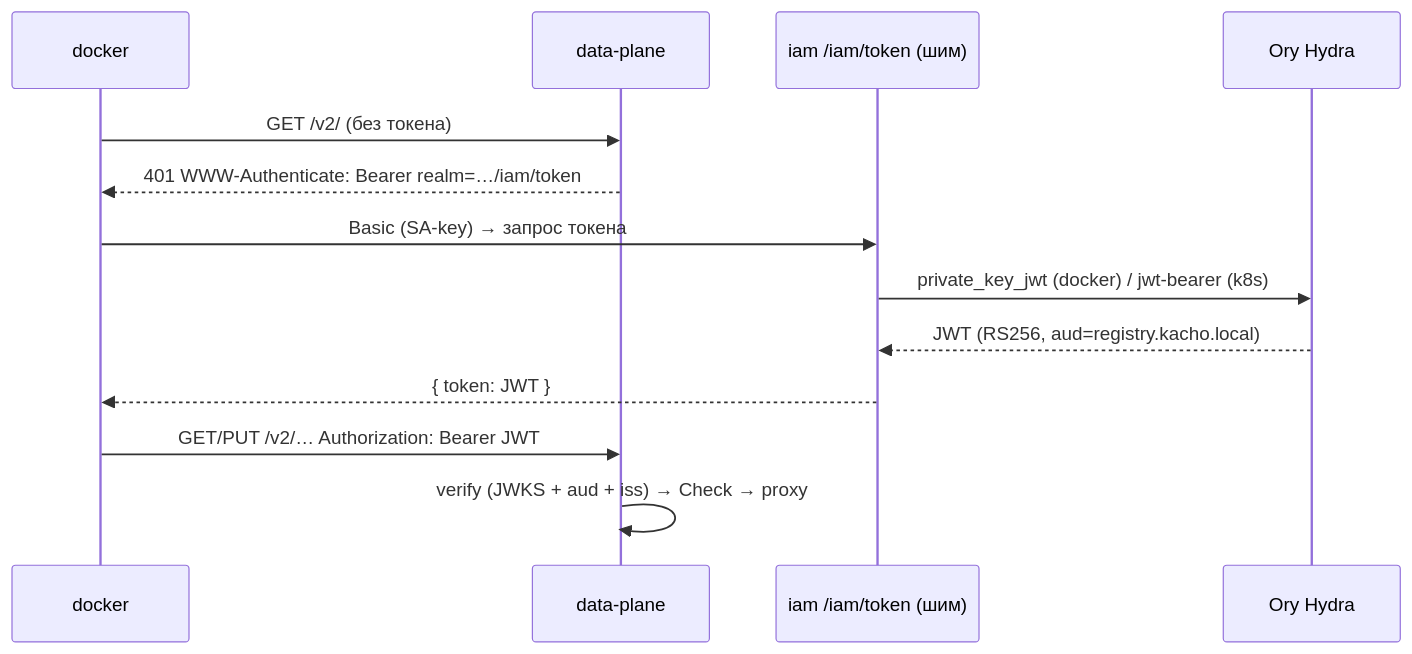
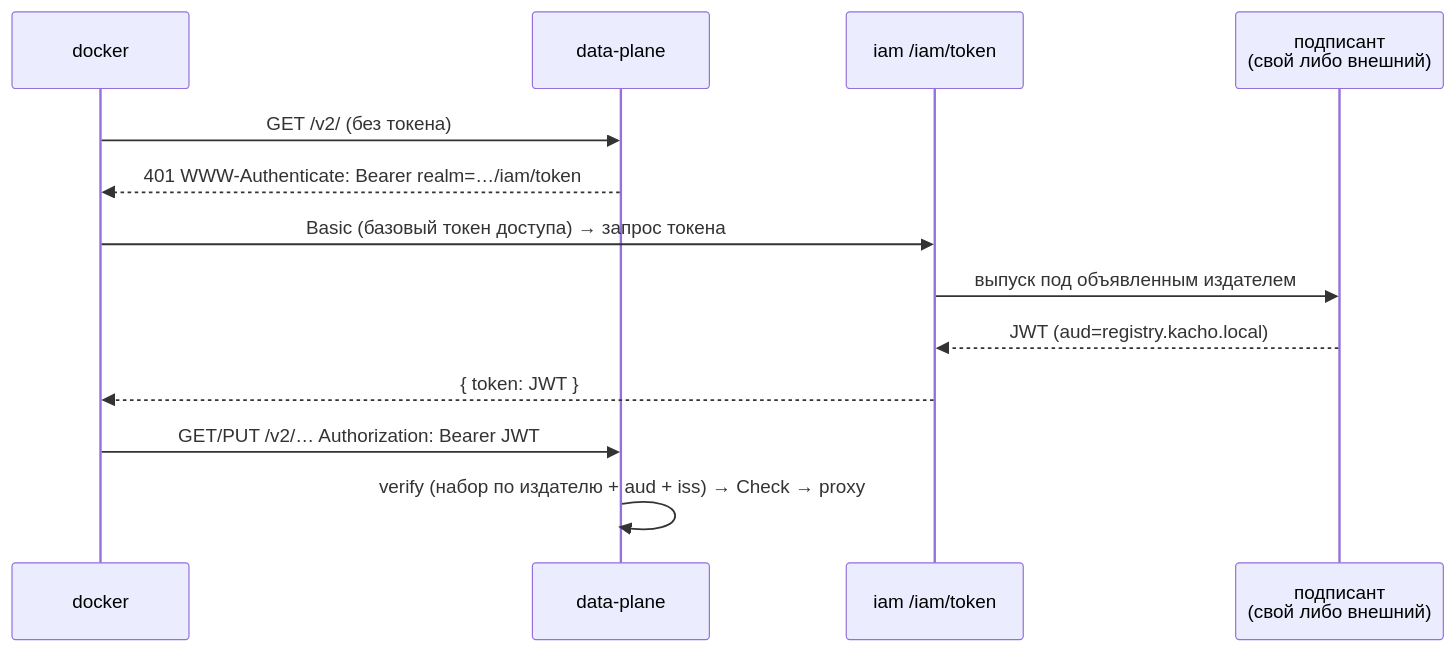
The second of 2 diagrams in services/registry/docs/content/architecture/data-plane.mdx (PRO-Robotech/kacho), drawn with Mermaid before and after one commit. The commit also changed other lines of this file and 140 other files, not shown here.

````diff
--- a/services/registry/docs/content/architecture/data-plane.mdx
+++ b/services/registry/docs/content/architecture/data-plane.mdx
@@ -50,15 +60,15 @@
 ```mermaid
 sequenceDiagram
   participant D as docker
   participant DP as data-plane
-  participant T as iam /iam/token (шим)
-  participant H as Ory Hydra
+  participant T as iam /iam/token
+  participant S as подписант<br/>(свой либо внешний)
   D->>DP: GET /v2/ (без токена)
   DP-->>D: 401 WWW-Authenticate: Bearer realm=…/iam/token
-  D->>T: Basic (SA-key) → запрос токена
-  T->>H: private_key_jwt (docker) / jwt-bearer (k8s)
-  H-->>T: JWT (RS256, aud=registry.kacho.local)
+  D->>T: Basic (базовый токен доступа) → запрос токена
+  T->>S: выпуск под объявленным издателем
+  S-->>T: JWT (aud=registry.kacho.local)
   T-->>D: { token: JWT }
   D->>DP: GET/PUT /v2/… Authorization: Bearer JWT
-  DP->>DP: verify (JWKS + aud + iss) → Check → proxy
+  DP->>DP: verify (набор по издателю + aud + iss) → Check → proxy
 ```
````
